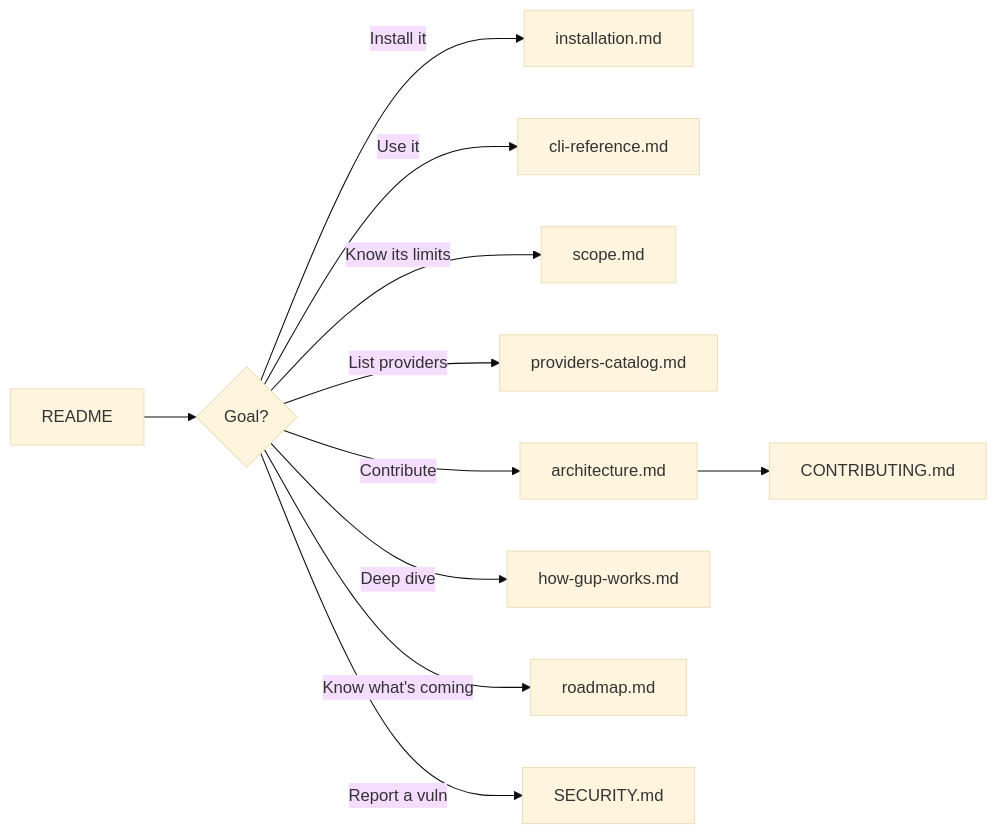
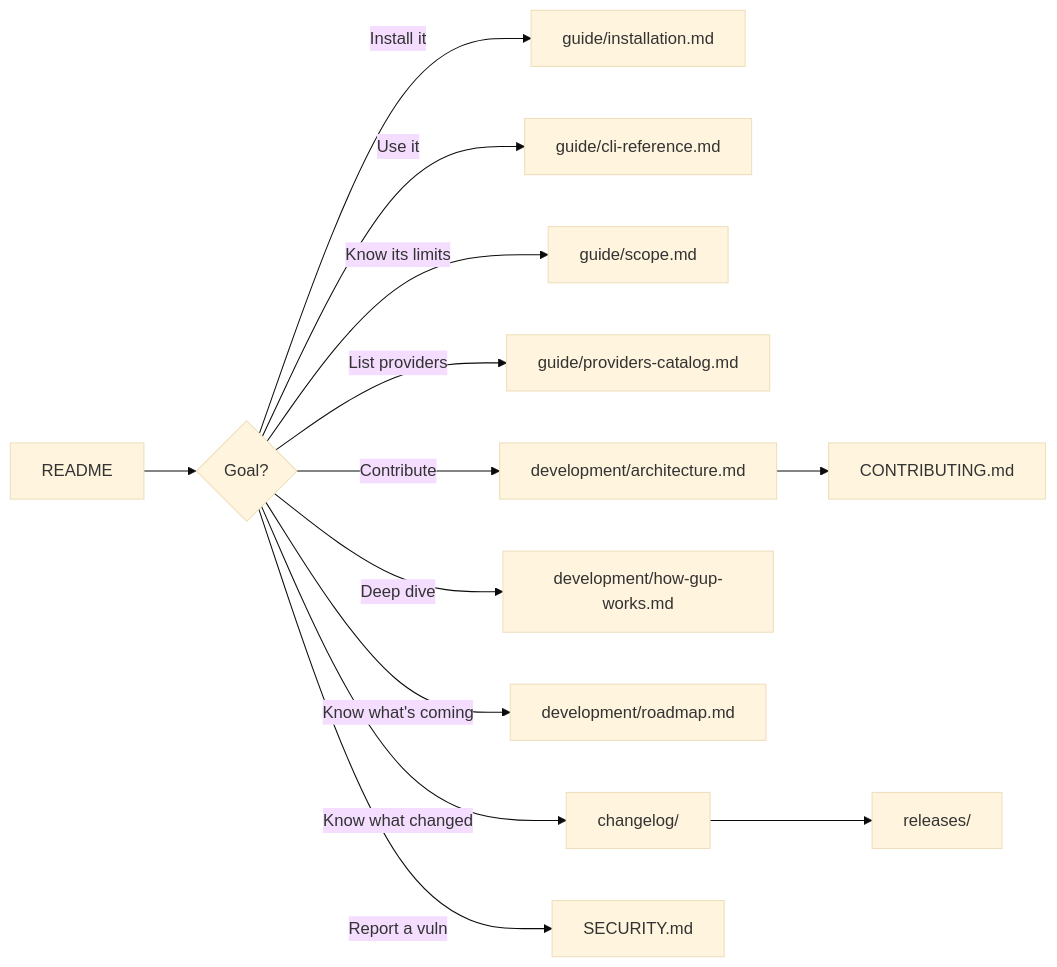
Before and after one commit to LINDECKER-Charles/gup: the diagram in docs/README.md, drawn with Mermaid (base theme). The commit also changed other lines of this file and 18 other files, not shown here.

First line of the commit message:
docs: reorganise docs/ into guide/, development/ and archived/

````diff
--- a/docs/README.md
+++ b/docs/README.md
@@ -35,12 +56,13 @@
 ```mermaid
 flowchart LR
     A[README] --> B{Goal?}
-    B -->|Install it| I[installation.md]
-    B -->|Use it| C[cli-reference.md]
-    B -->|Know its limits| S[scope.md]
-    B -->|List providers| E[providers-catalog.md]
-    B -->|Contribute| D[architecture.md] --> F[CONTRIBUTING.md]
-    B -->|Deep dive| G[how-gup-works.md]
-    B -->|Know what's coming| R[roadmap.md]
+    B -->|Install it| I[guide/installation.md]
+    B -->|Use it| C[guide/cli-reference.md]
+    B -->|Know its limits| S[guide/scope.md]
+    B -->|List providers| E[guide/providers-catalog.md]
+    B -->|Contribute| D[development/architecture.md] --> F[CONTRIBUTING.md]
+    B -->|Deep dive| G[development/how-gup-works.md]
+    B -->|Know what's coming| R[development/roadmap.md]
+    B -->|Know what changed| L[changelog/] --> N[releases/]
     B -->|Report a vuln| H[SECURITY.md]
 ```
````
